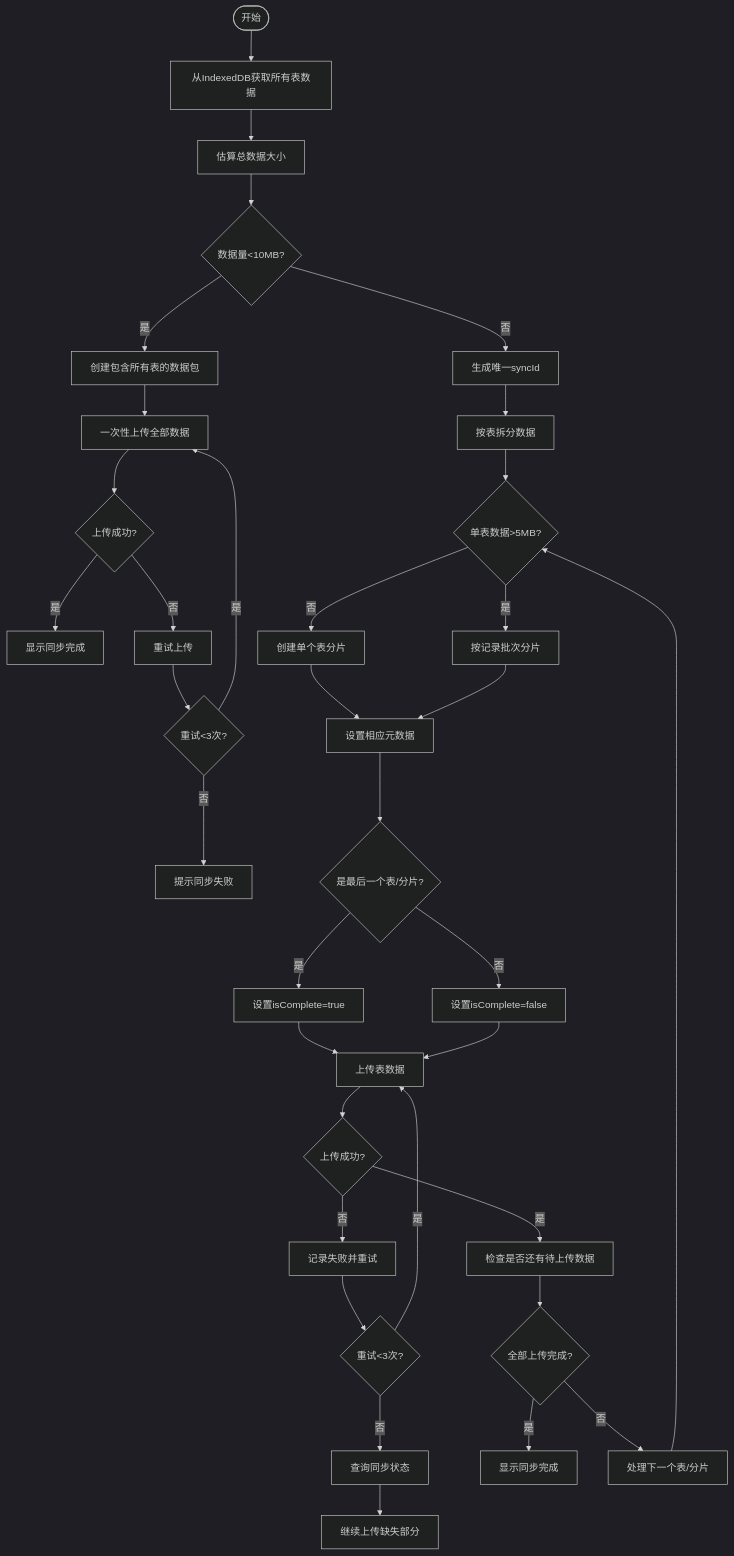
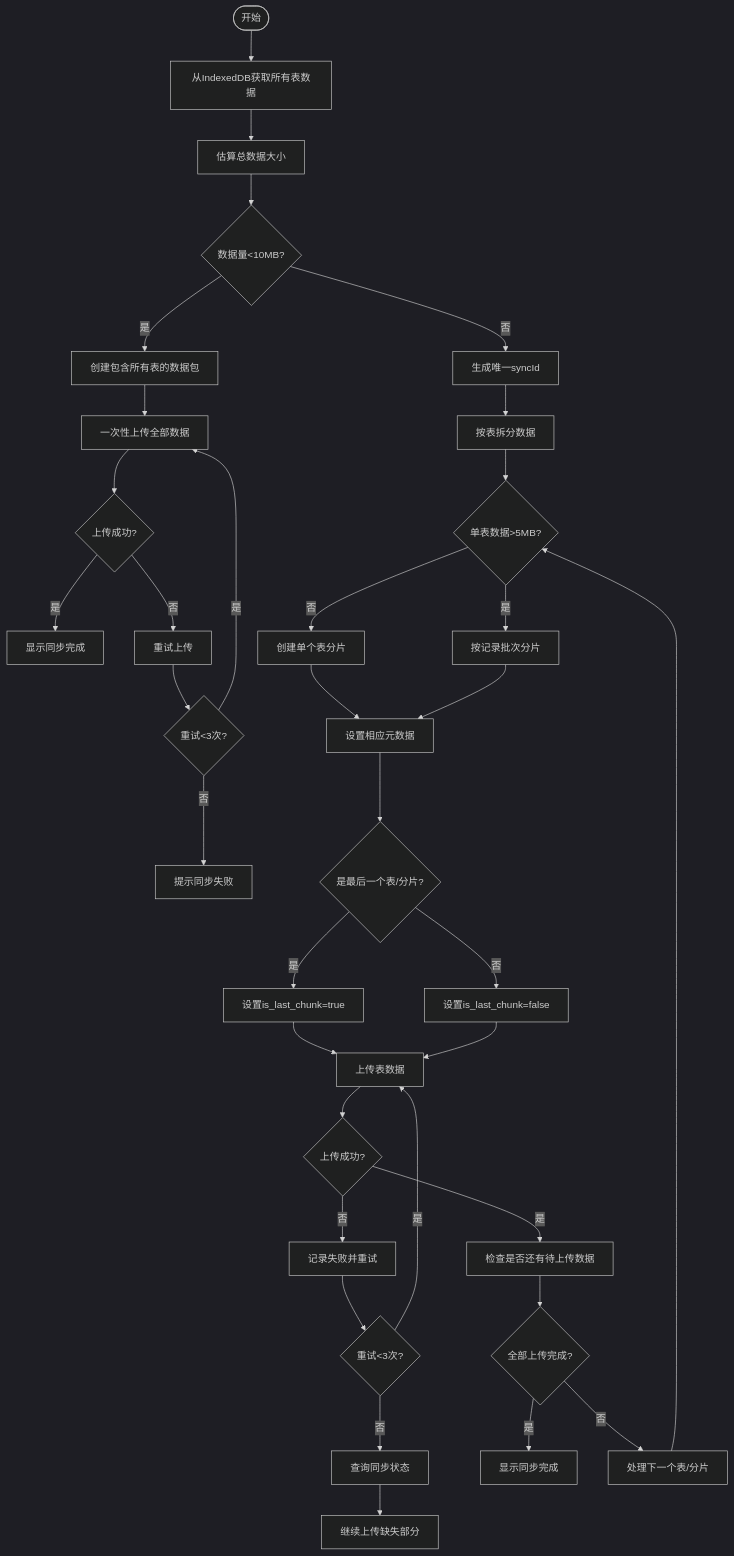
The diagram in all/未命名-62.md (yingjianzh/iodraw-files), drawn with Mermaid (dark theme) before and after one commit.

Commit message:
2025-05-16 14:42:07 update

````diff
--- a/all/未命名-62.md
+++ b/all/未命名-62.md
@@ -1,43 +1,43 @@
 ```mermaid
 
 flowchart TD
     A([开始]) -->E[从IndexedDB获取所有表数据]
     E --> F[估算总数据大小]
     F --> G{数据量<10MB?}
     
     %% 小数据量处理流程
     G -->|是| H[创建包含所有表的数据包]
     H --> J[一次性上传全部数据]
     J --> K{上传成功?}
     K -->|是| L[显示同步完成]
     K -->|否| M[重试上传]
     M --> N{重试<3次?}
     N -->|是| J
     N -->|否| O[提示同步失败]
     
     %% 中大数据量处理流程
     G -->|否| P[生成唯一syncId]
     P --> Q[按表拆分数据]
     Q --> R{单表数据>5MB?}
     R -->|否| S[创建单个表分片]
     R -->|是| T[按记录批次分片]
     S --> U[设置相应元数据]
     T --> U
     U --> V{是最后一个表/分片?}
-    V -->|是| W[设置isComplete=true]
-    V -->|否| X[设置isComplete=false]
+    V -->|是| W[设置is_last_chunk=true]
+    V -->|否| X[设置is_last_chunk=false]
     W --> Y[上传表数据]
     X --> Y
     Y --> Z{上传成功?}
     Z -->|是| AA[检查是否还有待上传数据]
     Z -->|否| AB[记录失败并重试]
     AB --> AC{重试<3次?}
     AC -->|是| Y
     AC -->|否| AD[查询同步状态]
     AD --> AE[继续上传缺失部分]
     AA --> AF{全部上传完成?}
     AF -->|是| AG[显示同步完成]
     AF -->|否| AH[处理下一个表/分片]
     AH --> R
 
 ```
````
